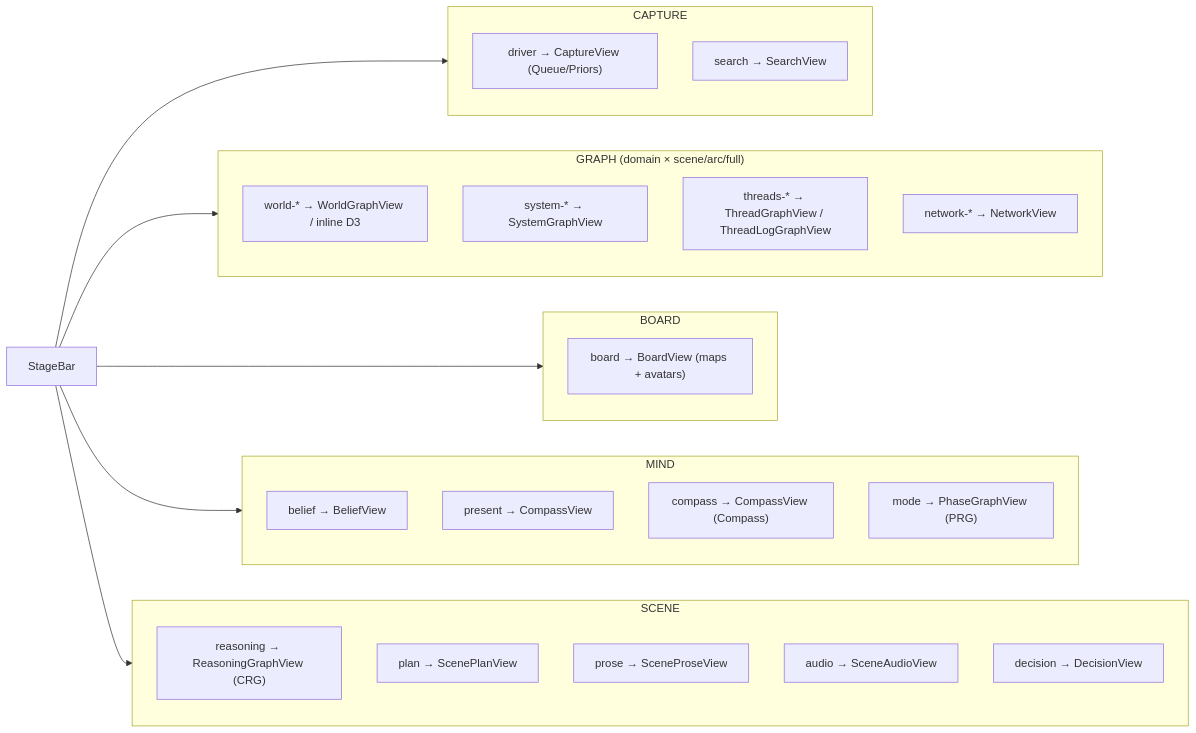
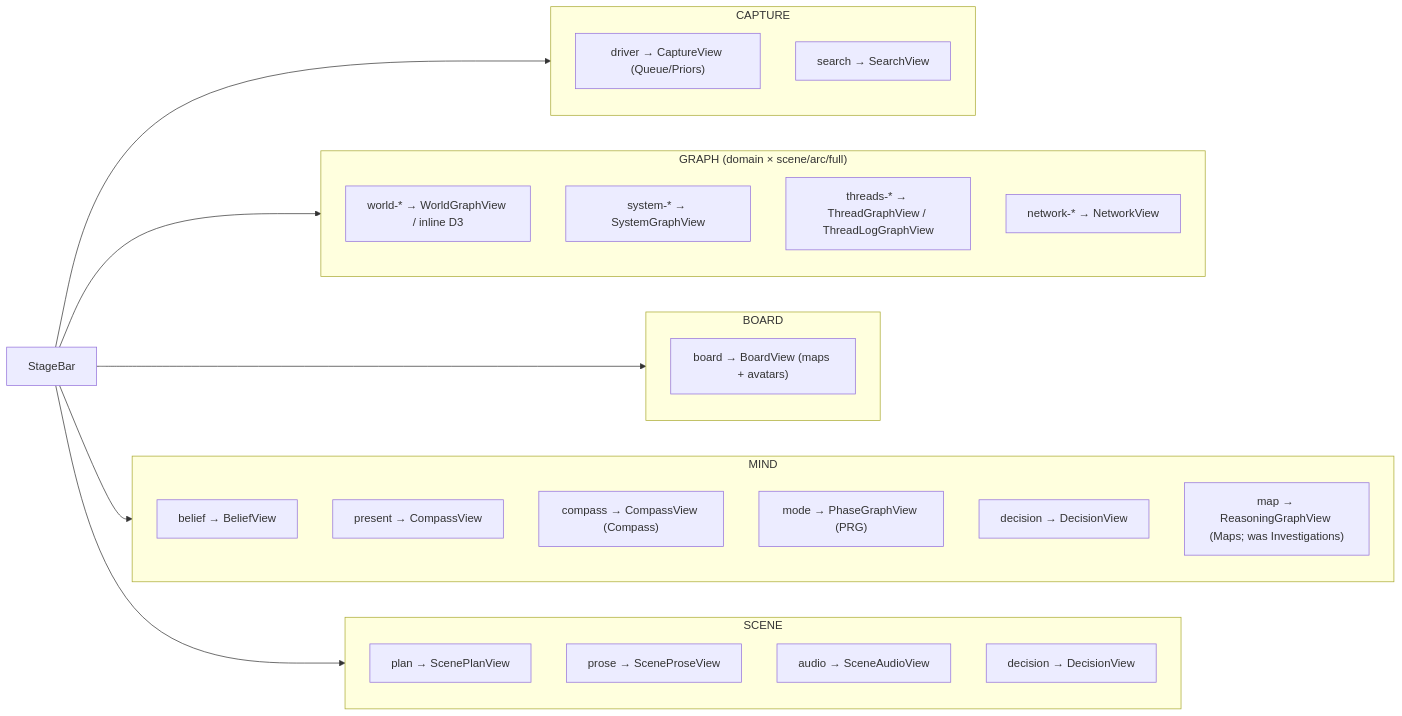
One commit to jasonyu0100/meridians changed the third of 7 diagrams in MERMAID.md. Above: the diagram before and after it, drawn with Mermaid. The commit also changed other lines of this file and 3 other files, not shown here.

Commit message:
Docs: refresh TREE + MERMAID for Boards/Maps renames + Map-in-Mind

````diff
--- a/MERMAID.md
+++ b/MERMAID.md
@@ -63,32 +63,33 @@
 ```mermaid
 flowchart LR
     CTB["StageBar"]
     CTB --> Capture & Graph & Board & Mind & Scene
 
     subgraph Capture["CAPTURE"]
         d1["driver → CaptureView (Queue/Priors)"]
         d2["search → SearchView"]
     end
     subgraph Graph["GRAPH (domain × scene/arc/full)"]
         g1["world-* → WorldGraphView / inline D3"]
         g2["system-* → SystemGraphView"]
         g3["threads-* → ThreadGraphView / ThreadLogGraphView"]
         g4["network-* → NetworkView"]
     end
     subgraph Board["BOARD"]
         b1["board → BoardView (maps + avatars)"]
     end
     subgraph Mind["MIND"]
         c1["belief → BeliefView"]
         c2["present → CompassView"]
         c3["compass → CompassView (Compass)"]
         c4["mode → PhaseGraphView (PRG)"]
+        c5["decision → DecisionView"]
+        c6["map → ReasoningGraphView (Maps; was Investigations)"]
     end
     subgraph Scene["SCENE"]
-        s1["reasoning → ReasoningGraphView (CRG)"]
         s2["plan → ScenePlanView"]
         s3["prose → SceneProseView"]
         s4["audio → SceneAudioView"]
         s5["decision → DecisionView"]
     end
 ```
````
